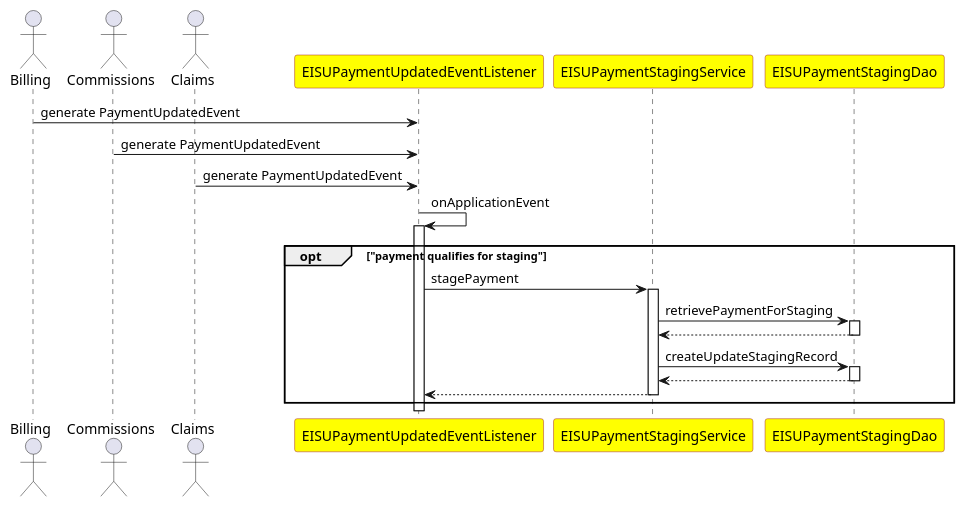
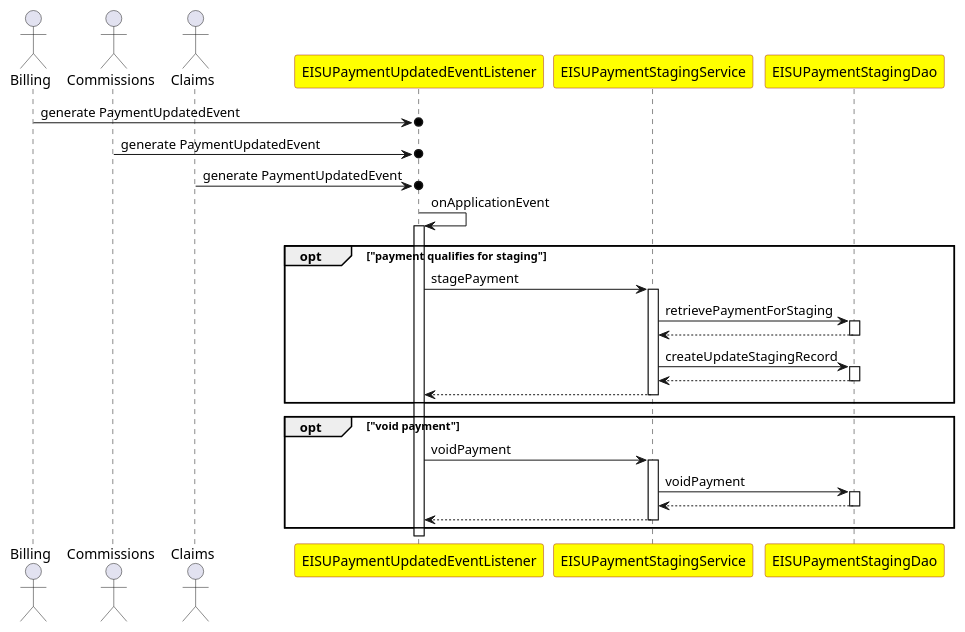
Before and after one commit to evgueni-spb/bootcamp: the diagram in payment-staging-sequence.puml, drawn with PlantUML. The commit also changed 6 other files, not shown here.

Commit message:
updated diagrams

```diff
--- a/payment-staging-sequence.puml
+++ b/payment-staging-sequence.puml
@@ -1,31 +1,38 @@
 @startuml
 
 skinparam  participant {
   BackgroundColor yellow
   BorderColor brown
 }
 
 actor Billing
 actor Commissions
 actor Claims
 
 participant EISUPaymentUpdatedEventListener
 participant EISUPaymentStagingService
 participant EISUPaymentStagingDao
 
 
-Billing -> EISUPaymentUpdatedEventListener : generate PaymentUpdatedEvent
-Commissions -> EISUPaymentUpdatedEventListener : generate PaymentUpdatedEvent
-Claims -> EISUPaymentUpdatedEventListener : generate PaymentUpdatedEvent
+Billing ->o EISUPaymentUpdatedEventListener : generate PaymentUpdatedEvent
+Commissions ->o EISUPaymentUpdatedEventListener : generate PaymentUpdatedEvent
+Claims ->o EISUPaymentUpdatedEventListener : generate PaymentUpdatedEvent
 
 EISUPaymentUpdatedEventListener -> EISUPaymentUpdatedEventListener ++ :onApplicationEvent
 opt "payment qualifies for staging"
 EISUPaymentUpdatedEventListener -> EISUPaymentStagingService ++ : stagePayment
 EISUPaymentStagingService -> EISUPaymentStagingDao ++ :retrievePaymentForStaging
 return
 EISUPaymentStagingService -> EISUPaymentStagingDao ++ :createUpdateStagingRecord
 return
 return
 end
 
+opt "void payment"
+EISUPaymentUpdatedEventListener -> EISUPaymentStagingService ++ : voidPayment
+EISUPaymentStagingService -> EISUPaymentStagingDao ++ :voidPayment
+return
+return
+end
+
 @enduml
```
